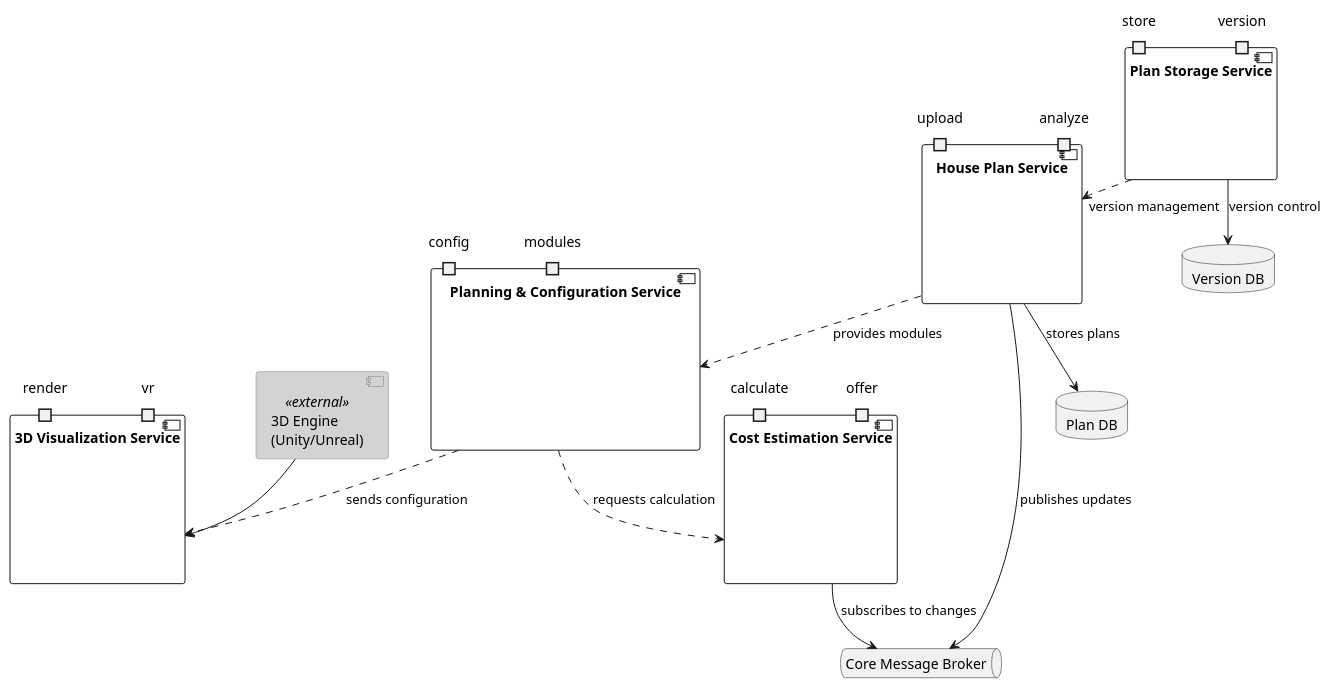
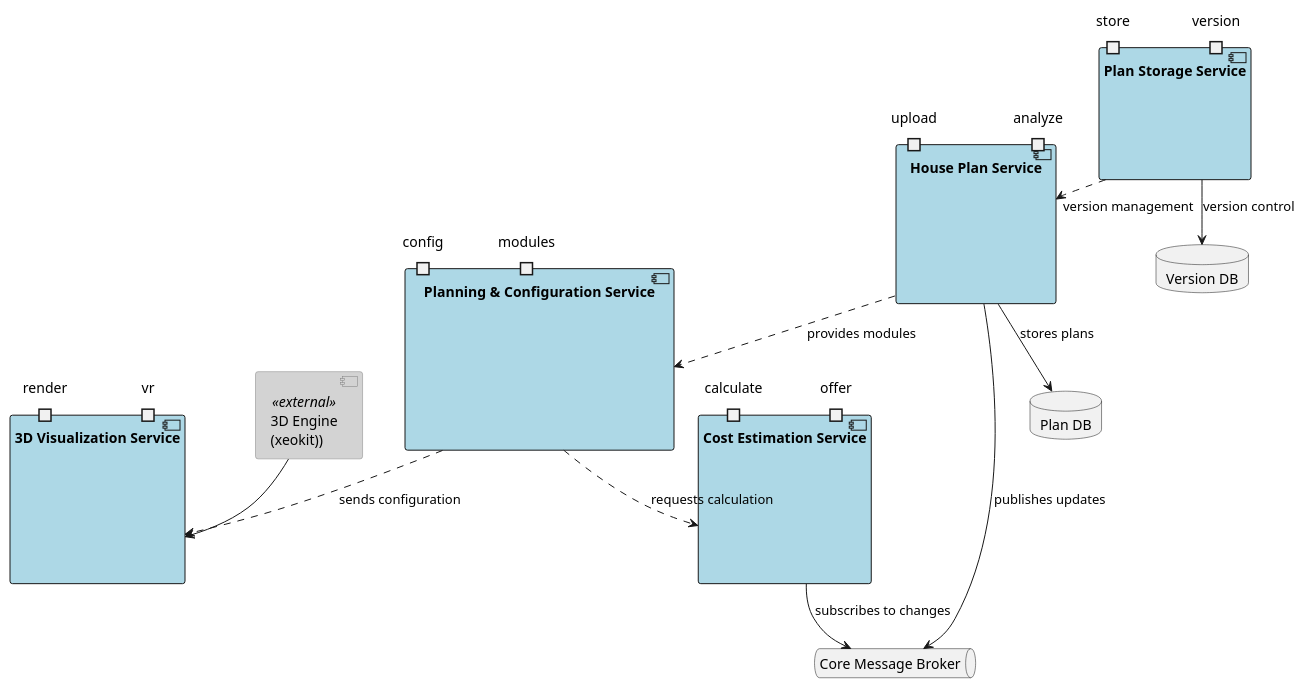
The first of 3 diagrams in docs/service-architecture.md (pressla/architecture), drawn with PlantUML before and after one commit. The commit also changed other lines of this file and 4 other files, not shown here.

````diff
--- a/docs/service-architecture.md
+++ b/docs/service-architecture.md
@@ -9,59 +9,59 @@
 ```plantuml
 @startuml Core Business Services Architecture
 
 skinparam component {
     BackgroundColor<<external>> LightGray
     BorderColor<<external>> Gray
 }
 
 ' External Systems
-component "3D Engine\n(Unity/Unreal)" <<external>> as ThreeD
+component "3D Engine\n(xeokit))" <<external>> as ThreeD
 
 ' Core Services
-component "House Plan Service" as planService {
+component "House Plan Service" as planService #lightblue {
     port "upload" as planUpload
     port "analyze" as planAnalyze
 }
 
-component "Planning & Configuration Service" as configService {
+component "Planning & Configuration Service" as configService #lightblue {
     port "config" as configPort
     port "modules" as modulesPort
 }
 
-component "3D Visualization Service" as vizService {
+component "3D Visualization Service" as vizService #lightblue  {
     port "render" as renderPort
     port "vr" as vrPort
 }
 
-component "Cost Estimation Service" as costService {
+component "Cost Estimation Service" as costService #lightblue {
     port "calculate" as calcPort
     port "offer" as offerPort
 }
 
-component "Plan Storage Service" as storageService {
+component "Plan Storage Service" as storageService #lightblue{
     port "store" as storePort
     port "version" as versionPort
 }
 
 ' Infrastructure Components
 database "Plan DB" as planDB
 database "Version DB" as versionDB
 queue "Core Message Broker" as coreBroker
 
 ' Connections
 ThreeD --> vizService
 
 planService --> planDB : "stores plans"
 storageService --> versionDB : "version control"
 
 planService --> coreBroker : "publishes updates"
 costService --> coreBroker : "subscribes to changes"
 
 ' Service Interactions
 planService ..> configService : "provides modules"
 configService ..> vizService : "sends configuration"
 configService ..> costService : "requests calculation"
 storageService ..> planService : "version management"
 
 @enduml
 ```
````
